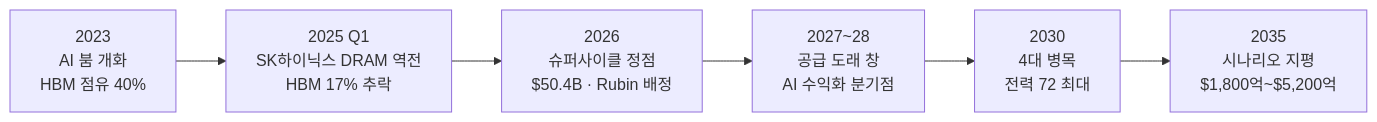
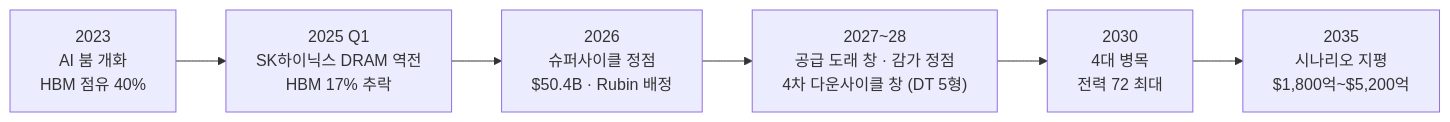
One commit to k31001/action-learning changed the second of 2 diagrams in wiki/storyline/storyline.md. Above: the diagram before and after it, drawn with Mermaid. The commit also changed other lines of this file and 10 other files, not shown here.

````diff
--- a/wiki/storyline/storyline.md
+++ b/wiki/storyline/storyline.md
@@ -31,8 +34,8 @@
 ```mermaid
 flowchart LR
     Y2023["2023<br/>AI 붐 개화<br/>HBM 점유 40%"] --> Y2025["2025 Q1<br/>SK하이닉스 DRAM 역전<br/>HBM 17% 추락"]
     Y2025 --> Y2026["2026<br/>슈퍼사이클 정점<br/>$50.4B · Rubin 배정"]
-    Y2026 --> Y2027["2027~28<br/>공급 도래 창<br/>AI 수익화 분기점"]
+    Y2026 --> Y2027["2027~28<br/>공급 도래 창 · 감가 정점<br/>4차 다운사이클 창 (DT 5형)"]
     Y2027 --> Y2030["2030<br/>4대 병목<br/>전력 72 최대"]
     Y2030 --> Y2035["2035<br/>시나리오 지평<br/>$1,800억~$5,200억"]
 ```
````
